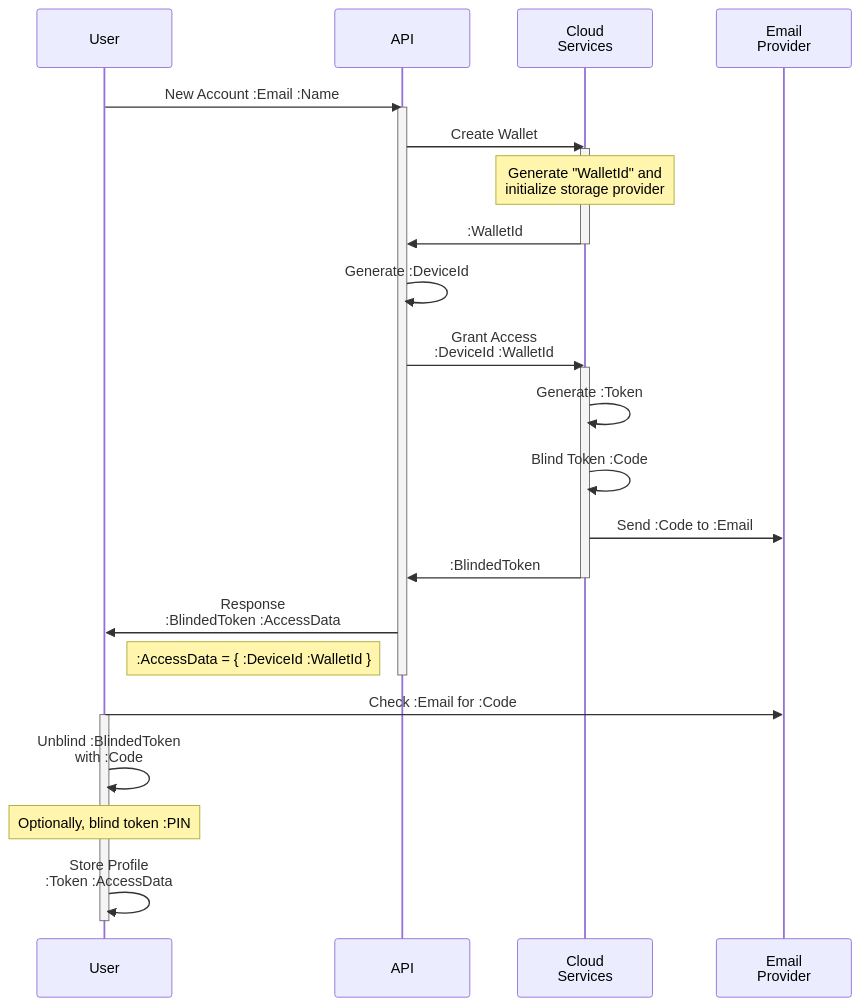
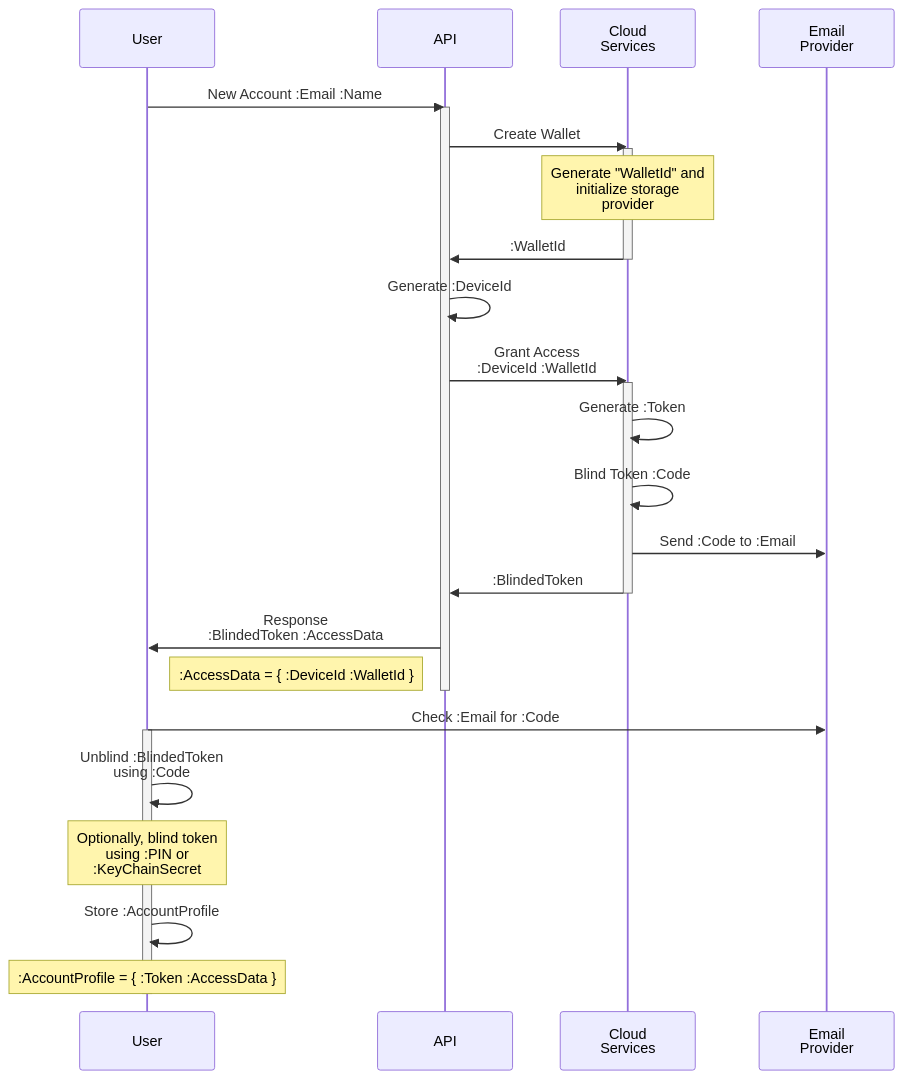
Before and after one commit to trinsic-id/v2-sdk: the first of 2 diagrams in docs/learn/security.md, drawn with Mermaid. The commit also changed other lines of this file, not shown here.

````diff
--- a/docs/learn/security.md
+++ b/docs/learn/security.md
@@ -7,40 +5,41 @@
 ```mermaid
 
 sequenceDiagram
 
     participant U as User
     participant A as API
     participant S as Cloud<br/>Services
     participant E as Email<br/>Provider
     
     U->>A: New Account :Email :Name
 
     activate A
     A->>S: Create Wallet
     activate S
-    note over S: Generate "WalletId" and<br/>initialize storage provider
+    note over S: Generate "WalletId" and<br/>initialize storage<br/>provider
     S->>A: :WalletId
     deactivate S
     
     A->>A: Generate :DeviceId
     A->>S: Grant Access<br/>:DeviceId :WalletId
 
     activate S
     S->>S: Generate :Token
     S->>S: Blind Token :Code
     S->>E: Send :Code to :Email
     S->>A: :BlindedToken
     deactivate S
-    
+
     A->>U: Response<br/>:BlindedToken :AccessData
     note right of U: :AccessData = { :DeviceId :WalletId }
     deactivate A
-    
+
     U->>E: Check :Email for :Code
     activate U
-    U->>U: Unblind :BlindedToken<br/>with :Code
-    note over U: Optionally, blind token :PIN
-    U->>U: Store Profile<br/>:Token :AccessData
+    U->>U: Unblind :BlindedToken<br/>using :Code
+    note over U: Optionally, blind token<br />using :PIN or<br/>:KeyChainSecret
+    U->>U: Store :AccountProfile
+    note over U: :AccountProfile = { :Token :AccessData }
     deactivate U
 
 ```
````
